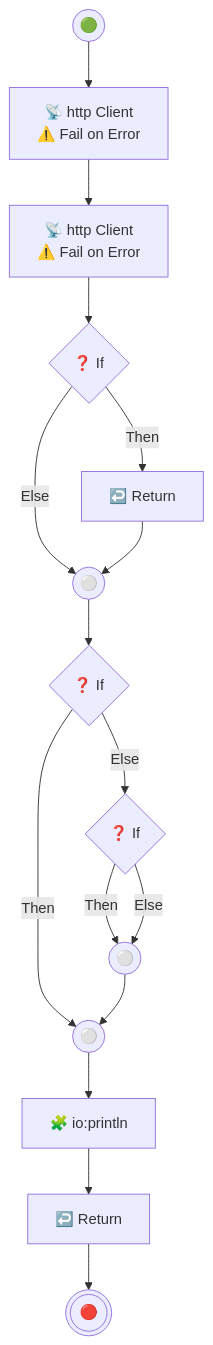
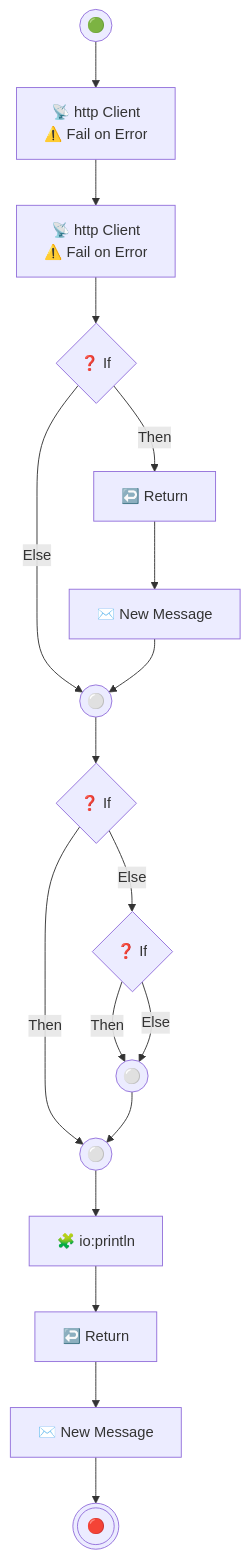
Before and after one commit to hasithaa/Diagram: the first of 2 diagrams in Examples/HospitalService/diagrams/post .md, drawn with Mermaid. The commit also changed other lines of this file and 3 other files, not shown here.

````diff
--- a/Examples/HospitalService/diagrams/post .md
+++ b/Examples/HospitalService/diagrams/post .md
@@ -5,34 +5,39 @@
 ```mermaid
 flowchart TB
   START0(("🟢"))
   NETWORK_CALL1["📡 http Client<p>⚠️ Fail on Error</p>"]
   NETWORK_CALL2["📡 http Client<p>⚠️ Fail on Error</p>"]
   SWITCH3{"❓ If"}
   RETURN5["↩️ Return"]
+  NEW_PAYLOAD6["✉️ New Message"]
   SWITCH_MERGE4(("⚪"))
   RETURN5["↩️ Return"]
-  SWITCH6{"❓ If"}
-  SWITCH8{"❓ If"}
-  SWITCH_MERGE9(("⚪"))
-  SWITCH_MERGE7(("⚪"))
-  SWITCH8{"❓ If"}
-  SWITCH_MERGE9(("⚪"))
-  LIBRARY_CALL10["🧩 io:println"]
-  RETURN11["↩️ Return"]
-  END12((("🔴")))
+  NEW_PAYLOAD6["✉️ New Message"]
+  SWITCH7{"❓ If"}
+  SWITCH9{"❓ If"}
+  SWITCH_MERGE10(("⚪"))
+  SWITCH_MERGE8(("⚪"))
+  SWITCH9{"❓ If"}
+  SWITCH_MERGE10(("⚪"))
+  LIBRARY_CALL11["🧩 io:println"]
+  RETURN12["↩️ Return"]
+  NEW_PAYLOAD13["✉️ New Message"]
+  END14((("🔴")))
   START0 --> NETWORK_CALL1
   NETWORK_CALL1 --> NETWORK_CALL2
   NETWORK_CALL2 --> SWITCH3
   SWITCH3 --> |Then| RETURN5
+  RETURN5 --> NEW_PAYLOAD6
   SWITCH3 --> |Else| SWITCH_MERGE4
-  RETURN5 --> SWITCH_MERGE4
-  SWITCH_MERGE4 --> SWITCH6
-  SWITCH6 --> |Then| SWITCH_MERGE7
-  SWITCH6 --> |Else| SWITCH8
-  SWITCH8 --> |Then| SWITCH_MERGE9
-  SWITCH8 --> |Else| SWITCH_MERGE9
-  SWITCH_MERGE9 --> SWITCH_MERGE7
-  SWITCH_MERGE7 --> LIBRARY_CALL10
-  LIBRARY_CALL10 --> RETURN11
-  RETURN11 --> END12
+  NEW_PAYLOAD6 --> SWITCH_MERGE4
+  SWITCH_MERGE4 --> SWITCH7
+  SWITCH7 --> |Then| SWITCH_MERGE8
+  SWITCH7 --> |Else| SWITCH9
+  SWITCH9 --> |Then| SWITCH_MERGE10
+  SWITCH9 --> |Else| SWITCH_MERGE10
+  SWITCH_MERGE10 --> SWITCH_MERGE8
+  SWITCH_MERGE8 --> LIBRARY_CALL11
+  LIBRARY_CALL11 --> RETURN12
+  RETURN12 --> NEW_PAYLOAD13
+  NEW_PAYLOAD13 --> END14
 ```
````
